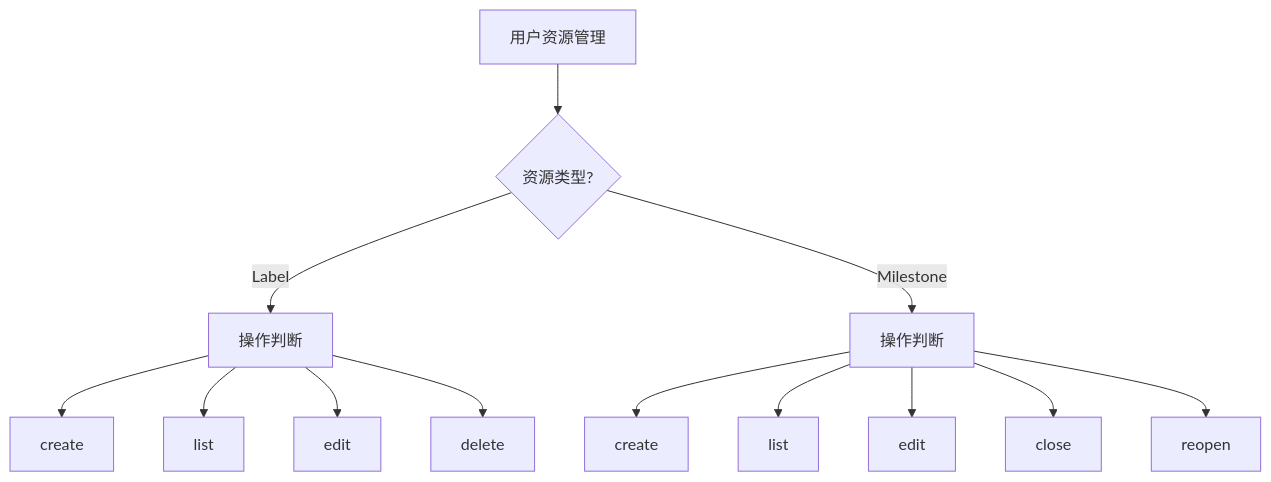
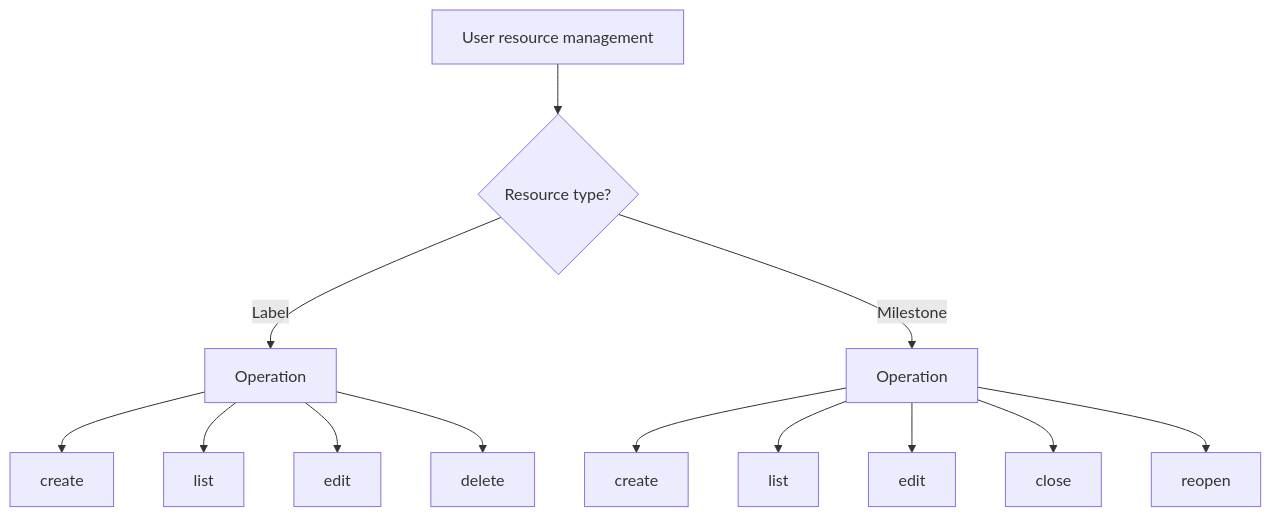
The diagram in skills/gitflow-label-milestone/SKILL.md (byx-darwin/gitflow-cli), drawn with Mermaid before and after one commit. The commit also changed other lines of this file and 18 other files, not shown here.

````diff
--- a/skills/gitflow-label-milestone/SKILL.md
+++ b/skills/gitflow-label-milestone/SKILL.md
@@ -26,15 +26,15 @@
 ```mermaid
 flowchart TD
-  U[用户资源管理] --> RES{资源类型?}
-  RES -->|Label| L_OP[操作判断]
-  RES -->|Milestone| M_OP[操作判断]
+  U[User resource management] --> RES{Resource type?}
+  RES -->|Label| L_OP[Operation]
+  RES -->|Milestone| M_OP[Operation]
   L_OP --> L_C[create]
   L_OP --> L_L[list]
   L_OP --> L_E[edit]
   L_OP --> L_D[delete]
   M_OP --> M_C[create]
   M_OP --> M_L[list]
   M_OP --> M_E[edit]
   M_OP --> M_CL[close]
   M_OP --> M_RO[reopen]
 ```
````
